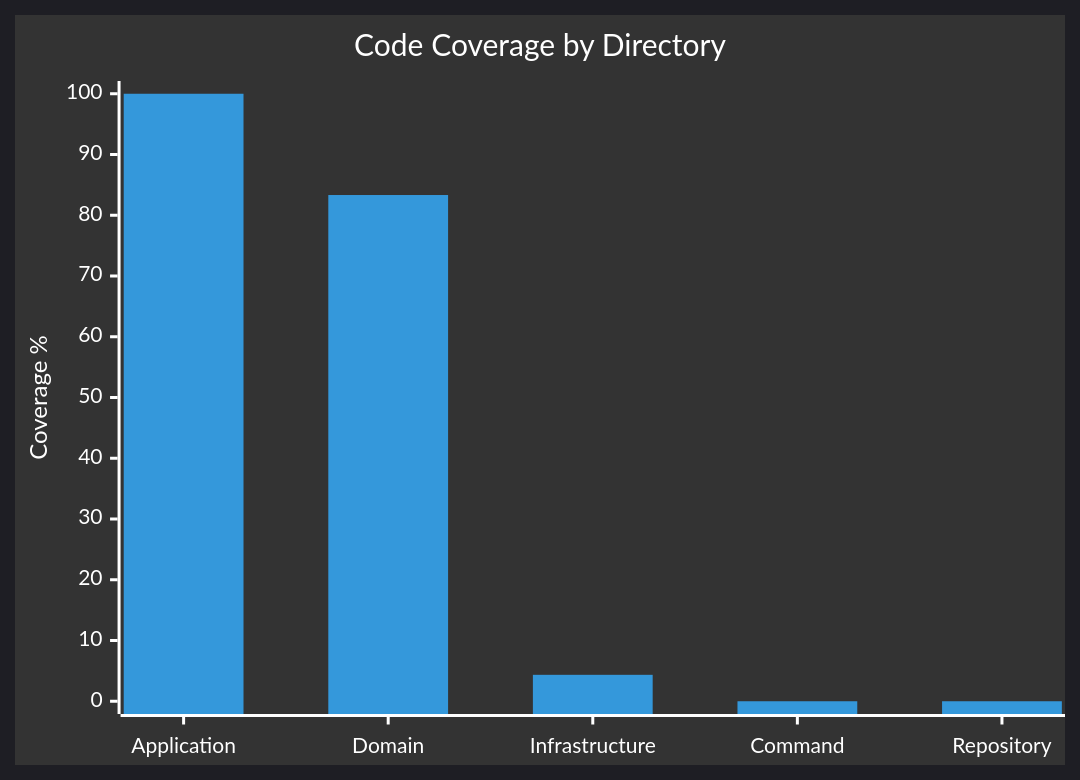
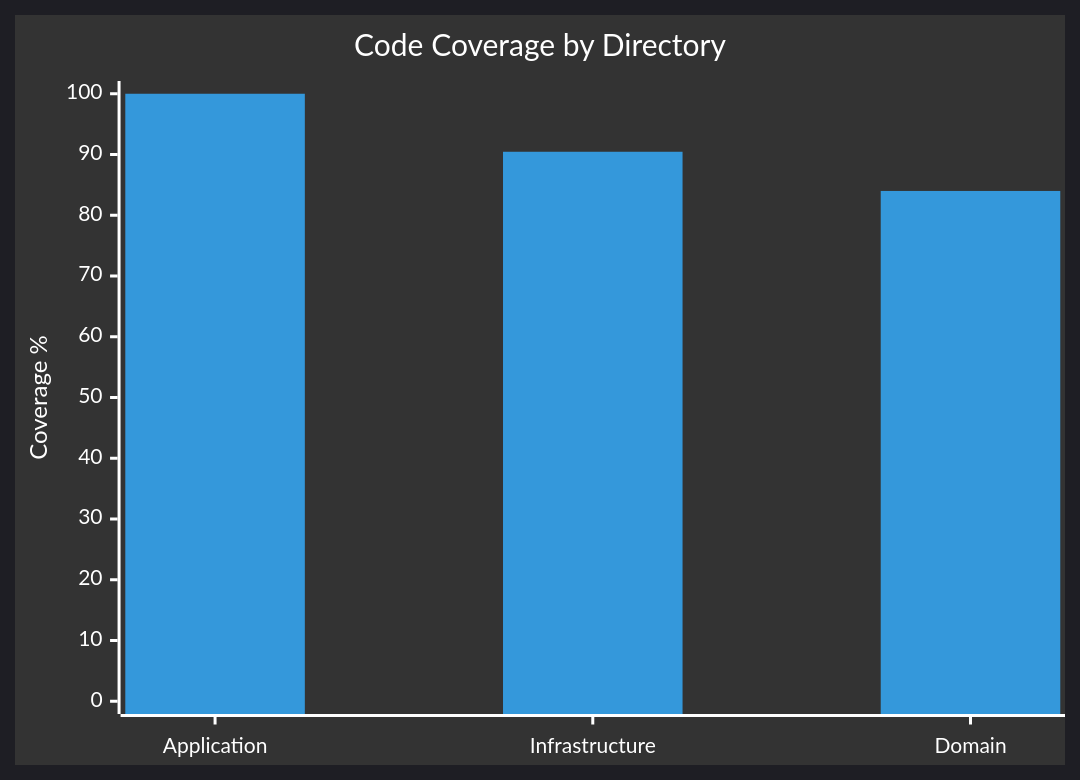
Before and after one commit to ayyoub-afwallah/BugNest: the second of 2 diagrams in README.md, drawn with Mermaid. The commit also changed other lines of this file and 19 other files, not shown here.

````diff
--- a/README.md
+++ b/README.md
@@ -81,8 +81,8 @@
 ```mermaid
 %%{init: {'theme':'dark', 'themeVariables': { 'primaryColor': '#4CAF50', 'primaryTextColor': '#fff', 'primaryBorderColor': '#388E3C', 'lineColor': '#F57C00'}}}%%
 xychart-beta
     title "Code Coverage by Directory"
-    x-axis ["Application", "Domain", "Infrastructure", "Command", "Repository"]
+    x-axis ["Application", "Infrastructure", "Domain"]
     y-axis "Coverage %" 0 --> 100
-    bar [100, 83.33, 4.35, 0, 0]
+    bar [100, 90.45, 84]
 ```
````
